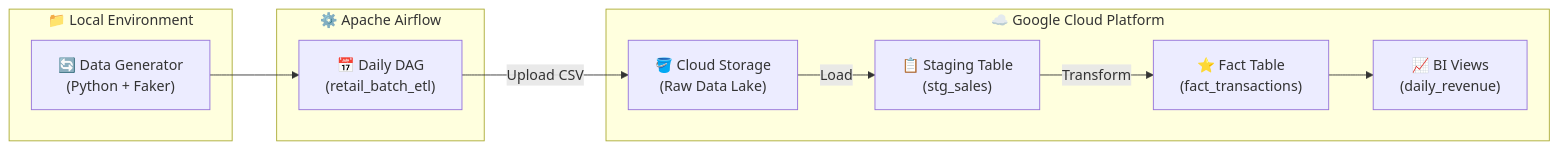
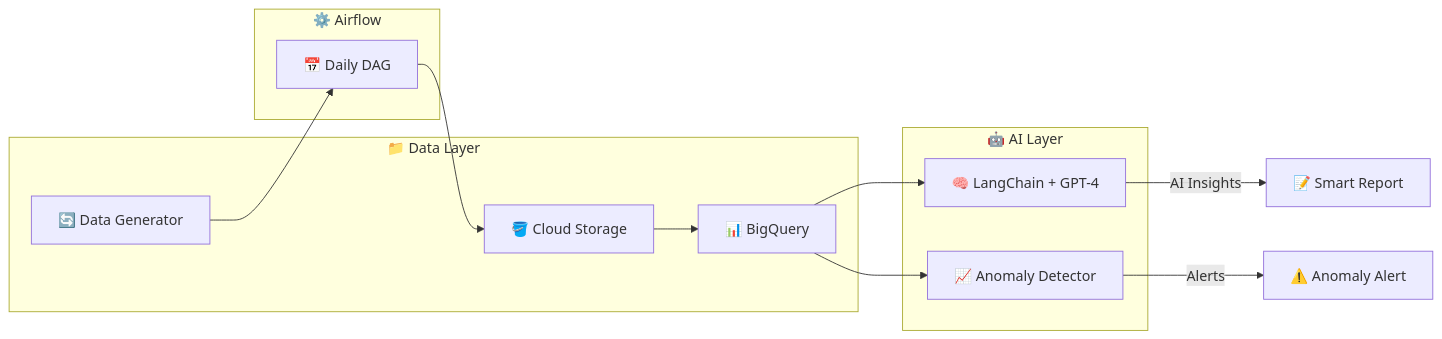
One commit to DruboPaul/SmartSales-AI changed the diagram in README.md. Above: the diagram before and after it, drawn with Mermaid. The commit also changed other lines of this file and 9 other files, not shown here.

````diff
--- a/README.md
+++ b/README.md
@@ -13,23 +14,21 @@
 ```mermaid
 flowchart LR
-    subgraph Local["📁 Local Environment"]
-        GEN["🔄 Data Generator<br/>(Python + Faker)"]
+    subgraph Data["📁 Data Layer"]
+        GEN["🔄 Data Generator"]
+        GCS["🪣 Cloud Storage"]
+        BQ["📊 BigQuery"]
     end
     
-    subgraph Airflow["⚙️ Apache Airflow"]
-        DAG["📅 Daily DAG<br/>(retail_batch_etl)"]
+    subgraph Orchestration["⚙️ Airflow"]
+        DAG["📅 Daily DAG"]
     end
     
-    subgraph GCP["☁️ Google Cloud Platform"]
-        GCS["🪣 Cloud Storage<br/>(Raw Data Lake)"]
-        STG["📋 Staging Table<br/>(stg_sales)"]
-        FACT["⭐ Fact Table<br/>(fact_transactions)"]
-        VIEW["📈 BI Views<br/>(daily_revenue)"]
+    subgraph AI["🤖 AI Layer"]
+        LLM["🧠 LangChain + GPT-4"]
+        ANOMALY["📈 Anomaly Detector"]
     end
     
-    GEN --> DAG
-    DAG -->|Upload CSV| GCS
-    GCS -->|Load| STG
-    STG -->|Transform| FACT
-    FACT --> VIEW
+    GEN --> DAG --> GCS --> BQ
+    BQ --> LLM --> |AI Insights| REPORT["📝 Smart Report"]
+    BQ --> ANOMALY --> |Alerts| ALERT["⚠️ Anomaly Alert"]
 ```
````
